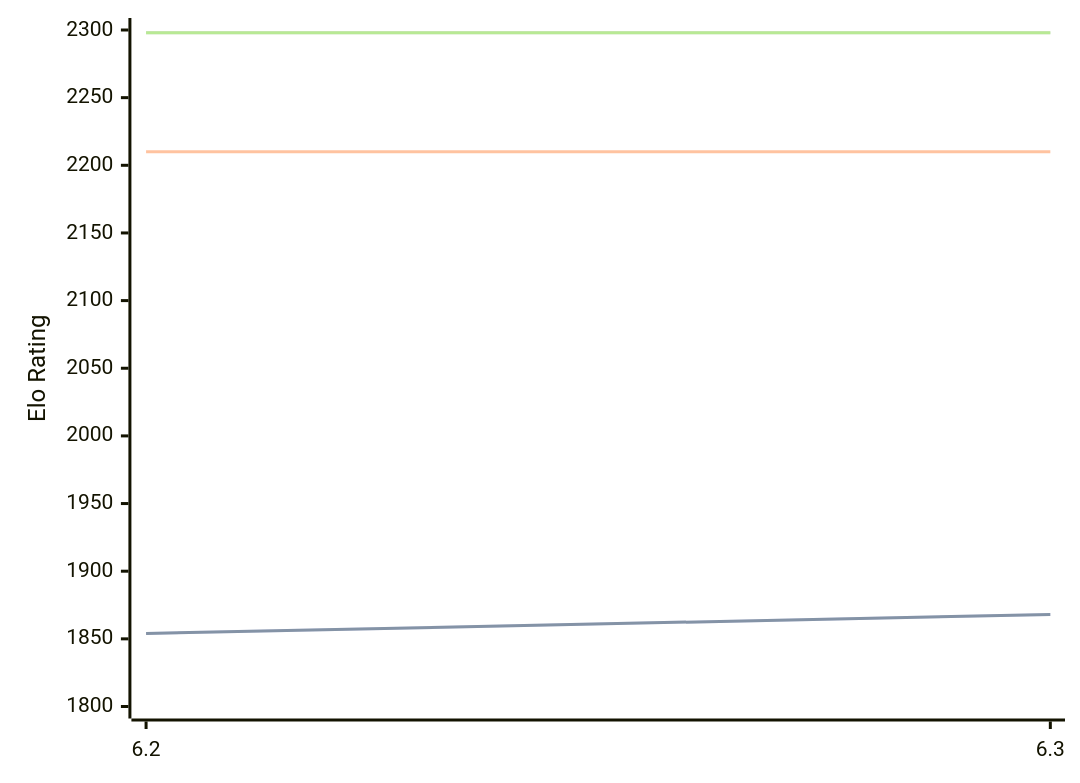
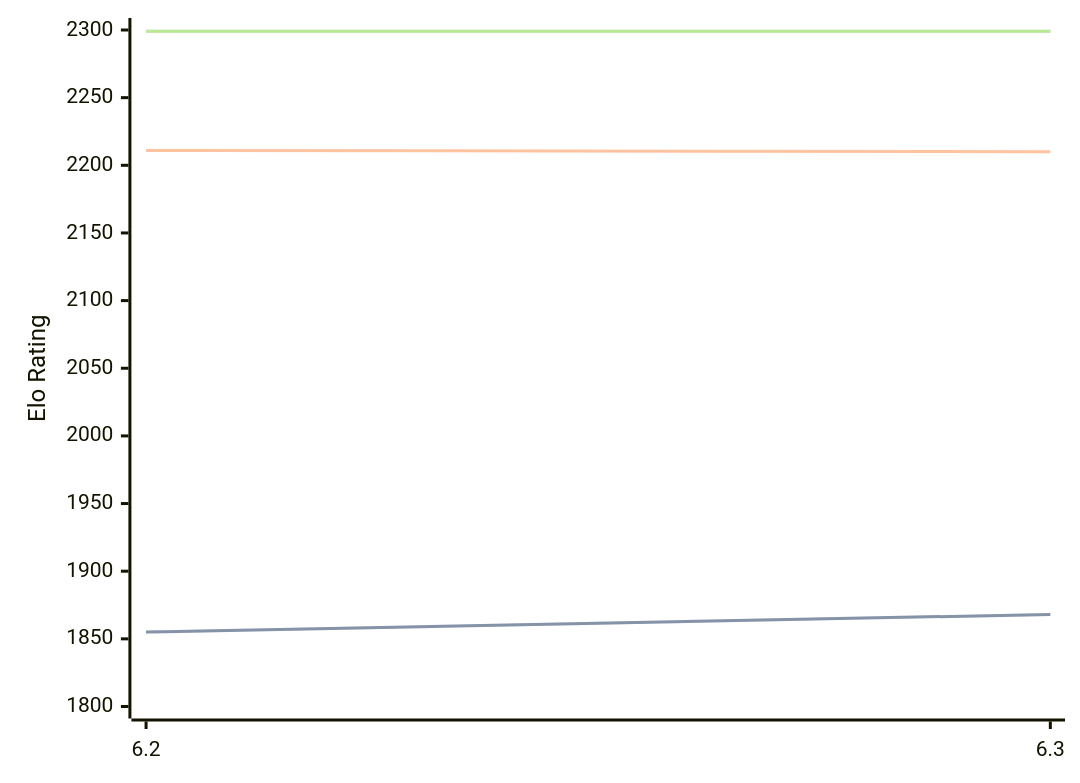
Before and after one commit to computer-chess-index/cci: the diagram in engines/chess4j.md, drawn with Mermaid. The commit also changed other lines of this file, not shown here.

Commit message:
Update CCI Ratings (ELO VLTC) - 2026-09-14

````diff
--- a/engines/chess4j.md
+++ b/engines/chess4j.md
@@ -32,11 +32,11 @@
 ```mermaid
 %%{init: {"theme":"base","themeVariables":{"seriesColors:['#a3a3a3','#222221','#faa371']}}}%%
 xychart-beta
   x-axis ["6.2", "6.3"]
   y-axis "Elo Rating" 1800 --> 2300
-  line "" [1854, 1868]
-  line "STC (8.0+0.08s)" [1854, 1868]
-  line "LTC (60.0+0.60s)" [2210, 2210]
-  line "" [2298, 2298]
-  line "VLTC (2m24s+1.12s)" [2298, 2298]
+  line "" [1855, 1868]
+  line "STC (8.0+0.08s)" [1855, 1868]
+  line "LTC (60.0+0.60s)" [2211, 2210]
+  line "" [2299, 2299]
+  line "VLTC (2m24s+1.12s)" [2299, 2299]
 ```
````
